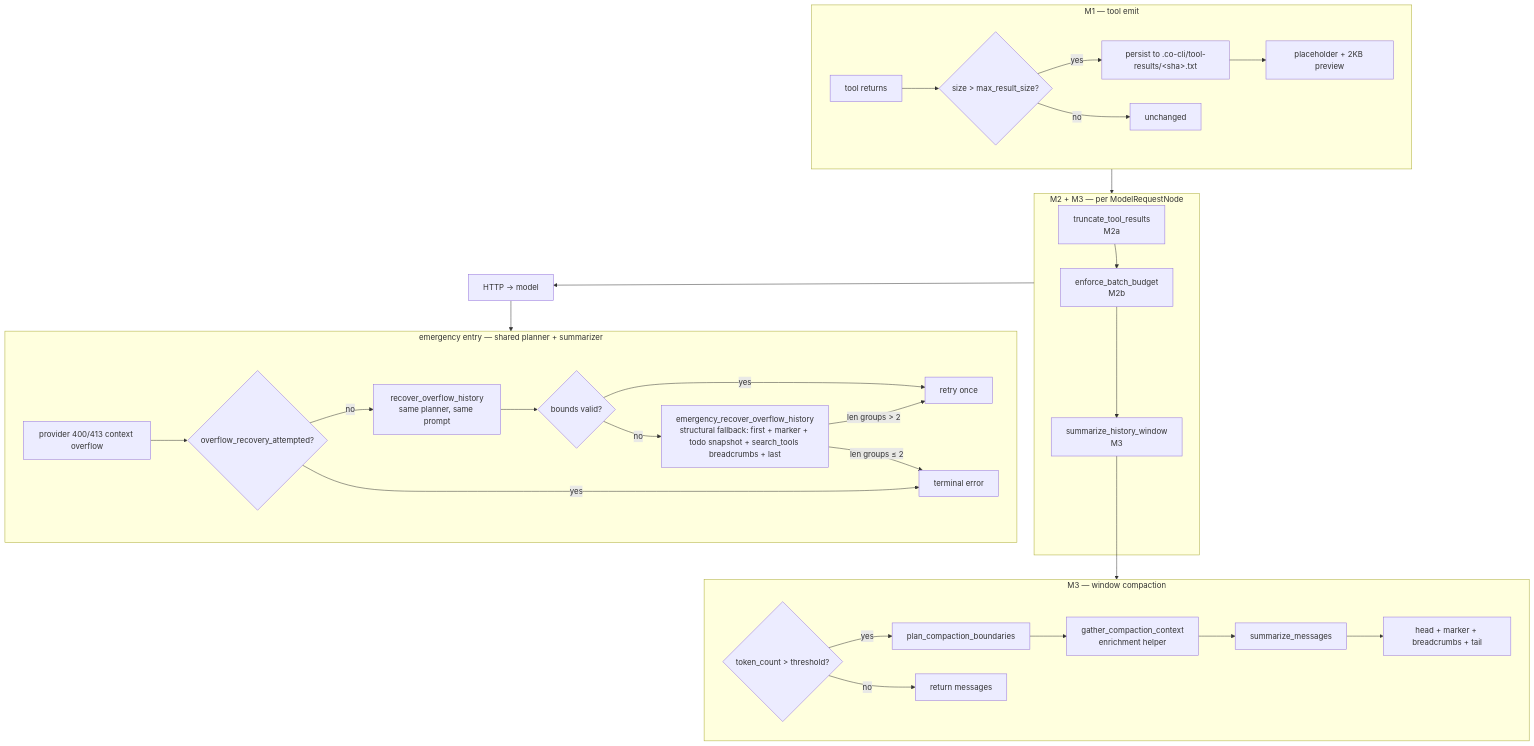
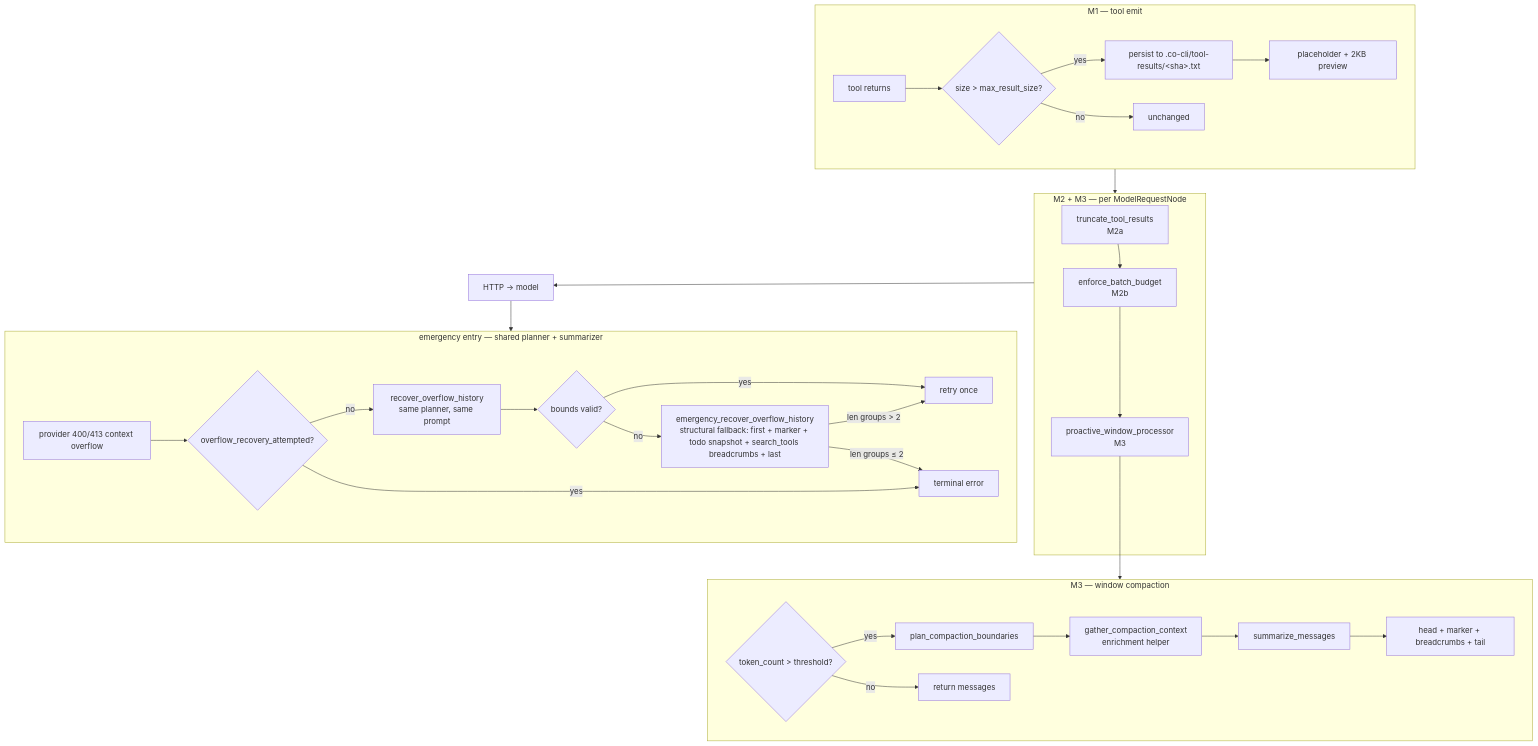
Before and after one commit to binlecode/co-cli: the first of 7 diagrams in docs/specs/compaction.md, drawn with Mermaid. The commit also changed other lines of this file and 12 other files, not shown here.

````diff
--- a/docs/specs/compaction.md
+++ b/docs/specs/compaction.md
@@ -61,48 +61,48 @@
 ```mermaid
 flowchart TD
     subgraph Emit["M1 — tool emit"]
         T[tool returns]
         T --> S{size &gt; max_result_size?}
         S -->|yes| P[persist to .co-cli/tool-results/&lt;sha&gt;.txt]
         P --> Ph[placeholder + 2KB preview]
         S -->|no| Pass[unchanged]
     end
 
     subgraph PerReq["M2 + M3 — per ModelRequestNode"]
         R1[truncate_tool_results<br/>M2a]
         R1b[enforce_batch_budget<br/>M2b]
-        R5[summarize_history_window<br/>M3]
+        R5[proactive_window_processor<br/>M3]
         R1 --> R1b --> R5
     end
 
     subgraph Window["M3 — window compaction"]
         T1{token_count &gt; threshold?}
         T2[plan_compaction_boundaries]
         T3[gather_compaction_context<br/>enrichment helper]
         T4[summarize_messages]
         T5[head + marker + breadcrumbs + tail]
         T1 -->|yes| T2 --> T3 --> T4 --> T5
         T1 -->|no| Pass2[return messages]
     end
 
     subgraph Overflow["emergency entry — shared planner + summarizer"]
         O1[provider 400/413 context overflow]
         O2{overflow_recovery_attempted?}
         O3[recover_overflow_history<br/>same planner, same prompt]
         O3b{bounds valid?}
         O3c[emergency_recover_overflow_history<br/>structural fallback: first + marker + todo snapshot + search_tools breadcrumbs + last]
         O4[retry once]
         O1 --> O2
         O2 -->|no| O3 --> O3b
         O3b -->|yes| O4
         O3b -->|no| O3c
         O3c -->|len groups &gt; 2| O4
         O3c -->|len groups ≤ 2| O6[terminal error]
         O2 -->|yes| O6
     end
 
     Emit --> PerReq
     R5 --> Window
     PerReq --> HTTP[HTTP → model]
     HTTP --> Overflow
 ```
````
